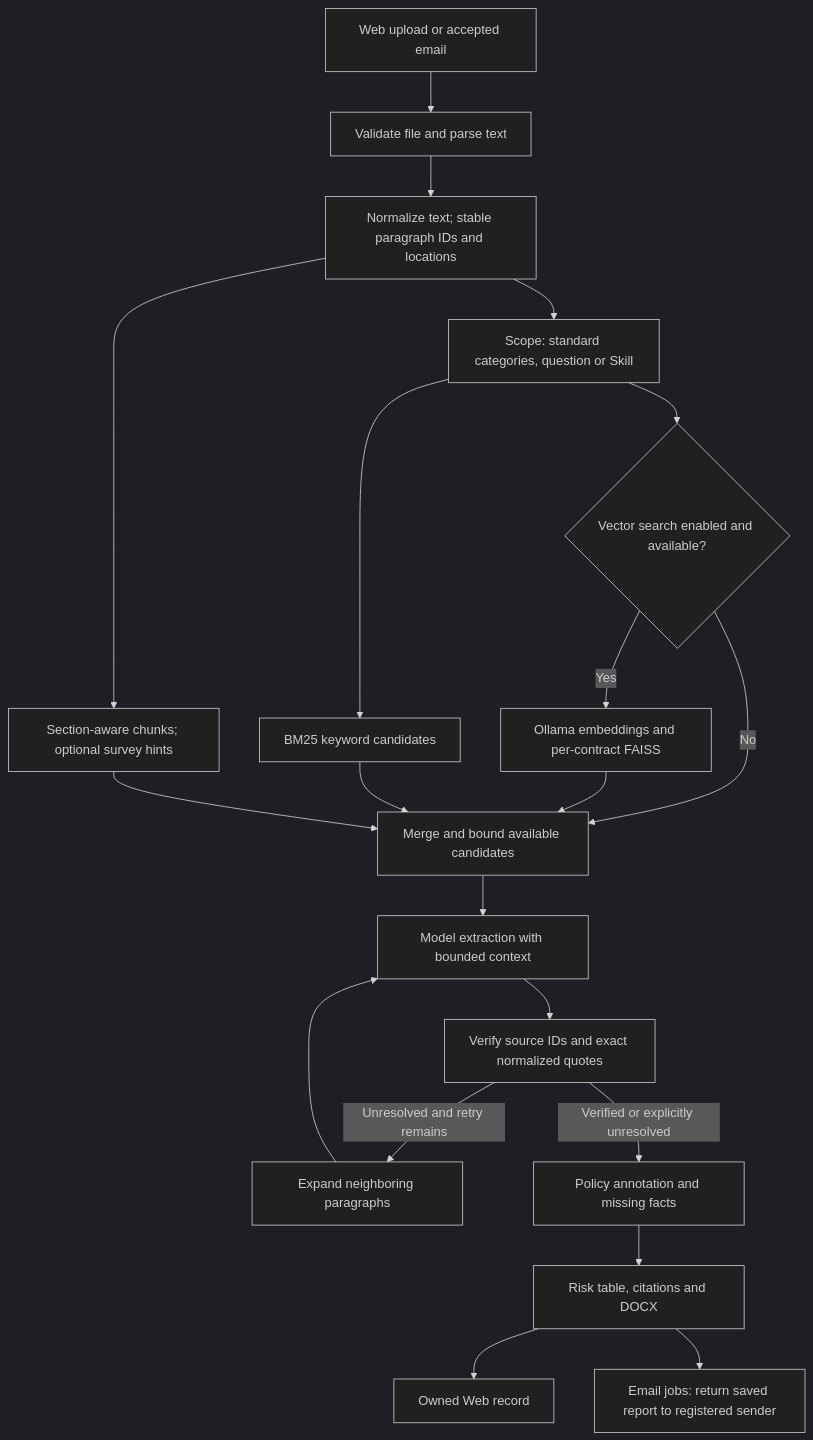
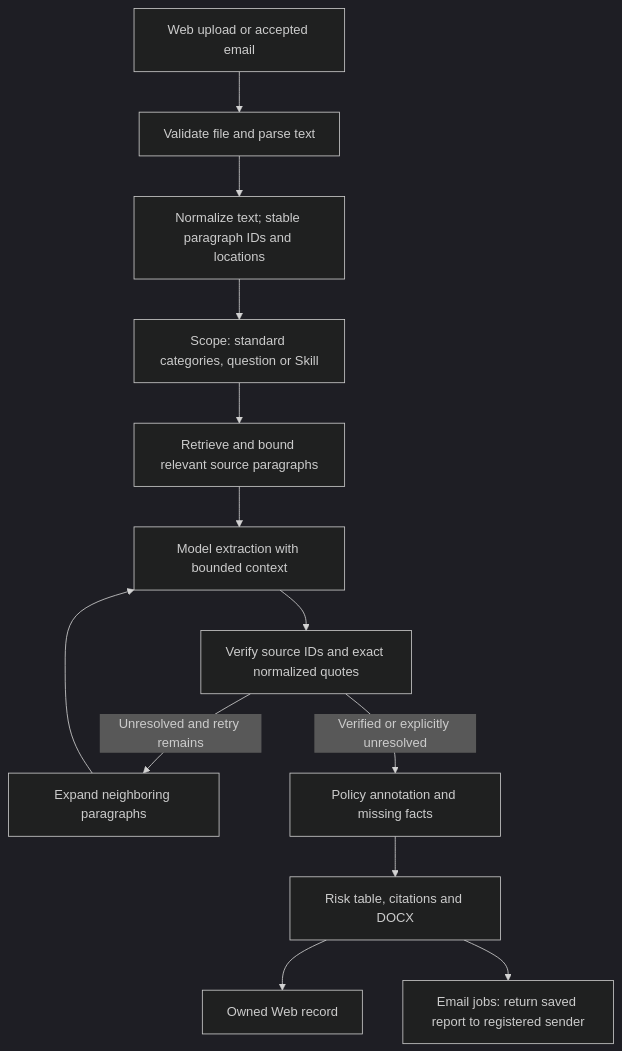
The second of 2 diagrams in README.md (Ray-WONG42/csit6000v-contract-review-agent), drawn with Mermaid (dark theme) before and after one commit. The commit also changed other lines of this file, not shown here.

````diff
--- a/README.md
+++ b/README.md
@@ -63,22 +61,15 @@
 ```mermaid
 flowchart TD
     I["Web upload or accepted email"] --> F["Validate file and parse text"]
     F --> ID["Normalize text; stable paragraph IDs and locations"]
     ID --> S["Scope: standard categories, question or Skill"]
-    S --> K["BM25 keyword candidates"]
-    S --> E{"Vector search enabled and available?"}
-    E -->|Yes| V["Ollama embeddings and per-contract FAISS"]
-    E -->|No| M["Merge and bound available candidates"]
-    V --> M
-    K --> M
-    ID --> H["Section-aware chunks; optional survey hints"]
-    H --> M
+    S --> M["Retrieve and bound relevant source paragraphs"]
     M --> L["Model extraction with bounded context"]
     L --> Q["Verify source IDs and exact normalized quotes"]
     Q -->|Unresolved and retry remains| X["Expand neighboring paragraphs"]
     X --> L
     Q -->|Verified or explicitly unresolved| A["Policy annotation and missing facts"]
     A --> O["Risk table, citations and DOCX"]
     O --> W["Owned Web record"]
     O --> MAIL["Email jobs: return saved report to registered sender"]
 ```
````
